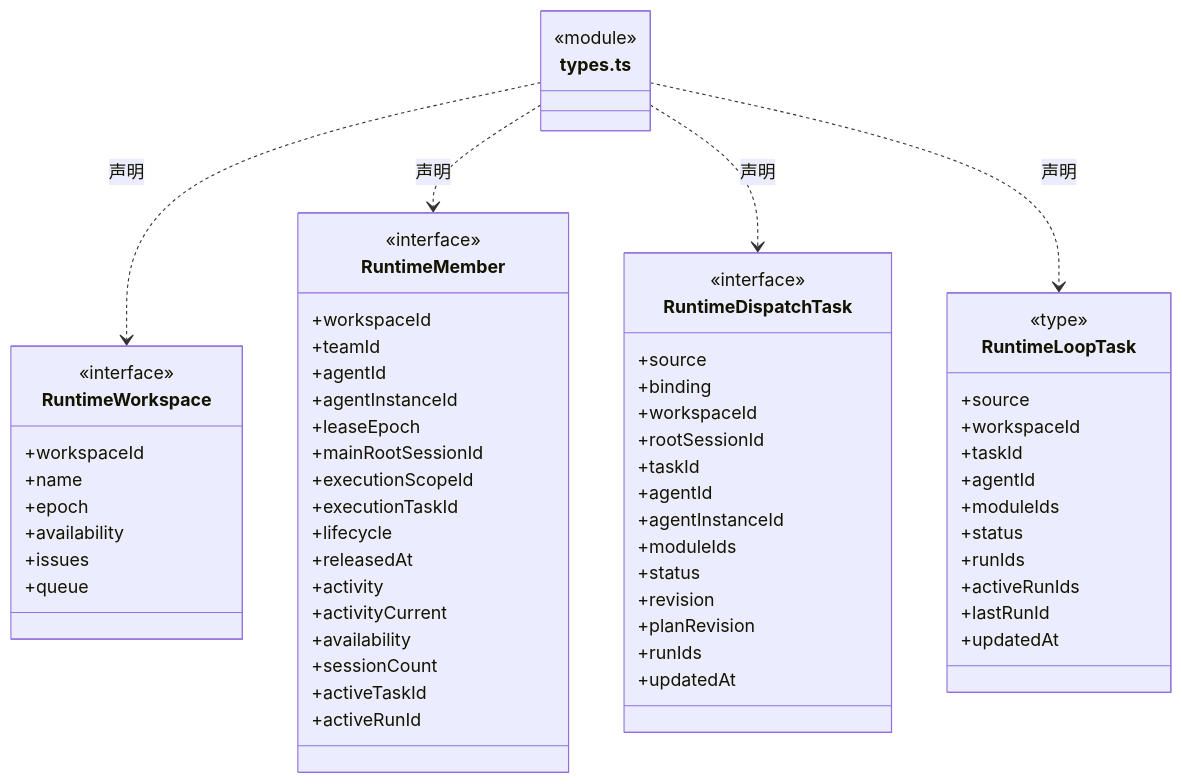
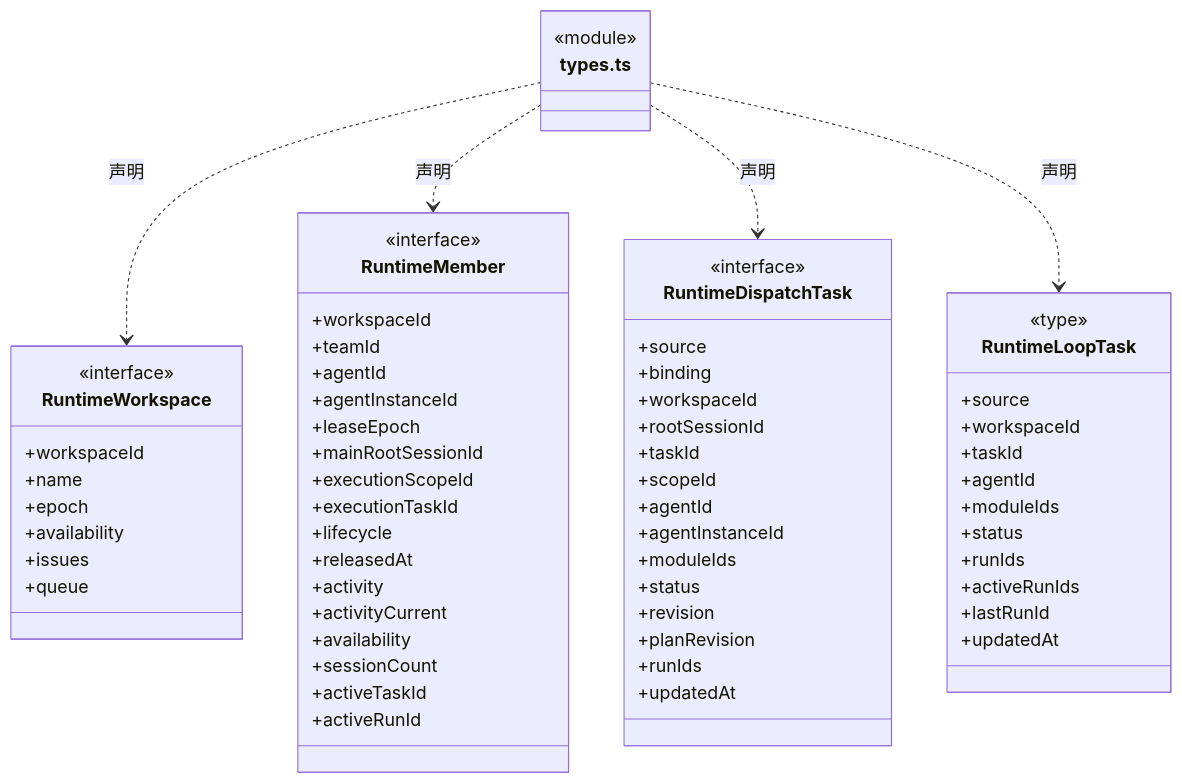
One commit to nan023062/cbim changed the seventh of 13 diagrams in src/backend/core/runtime/ARCHITECTURE.md. Above: the diagram before and after it, drawn with Mermaid. The commit also changed other lines of this file and 42 other files, not shown here.

````diff
--- a/src/backend/core/runtime/ARCHITECTURE.md
+++ b/src/backend/core/runtime/ARCHITECTURE.md
@@ -127,67 +151,68 @@
 ```mermaid
 classDiagram
 class N_src_backend_core_runtime_types_ts["types.ts"] {
   <<module>>
 }
 class N_src_backend_core_runtime_types_ts_RuntimeWorkspace["RuntimeWorkspace"] {
   <<interface>>
   +workspaceId
   +name
   +epoch
   +availability
   +issues
   +queue
 }
 N_src_backend_core_runtime_types_ts ..> N_src_backend_core_runtime_types_ts_RuntimeWorkspace : 声明
 class N_src_backend_core_runtime_types_ts_RuntimeMember["RuntimeMember"] {
   <<interface>>
   +workspaceId
   +teamId
   +agentId
   +agentInstanceId
   +leaseEpoch
   +mainRootSessionId
   +executionScopeId
   +executionTaskId
   +lifecycle
   +releasedAt
   +activity
   +activityCurrent
   +availability
   +sessionCount
   +activeTaskId
   +activeRunId
 }
 N_src_backend_core_runtime_types_ts ..> N_src_backend_core_runtime_types_ts_RuntimeMember : 声明
 class N_src_backend_core_runtime_types_ts_RuntimeDispatchTask["RuntimeDispatchTask"] {
   <<interface>>
   +source
   +binding
   +workspaceId
   +rootSessionId
   +taskId
+  +scopeId
   +agentId
   +agentInstanceId
   +moduleIds
   +status
   +revision
   +planRevision
   +runIds
   +updatedAt
 }
 N_src_backend_core_runtime_types_ts ..> N_src_backend_core_runtime_types_ts_RuntimeDispatchTask : 声明
 class N_src_backend_core_runtime_types_ts_RuntimeLoopTask["RuntimeLoopTask"] {
   <<type>>
   +source
   +workspaceId
   +taskId
   +agentId
   +moduleIds
   +status
   +runIds
   +activeRunIds
   +lastRunId
   +updatedAt
 }
 N_src_backend_core_runtime_types_ts ..> N_src_backend_core_runtime_types_ts_RuntimeLoopTask : 声明
 ```
````
